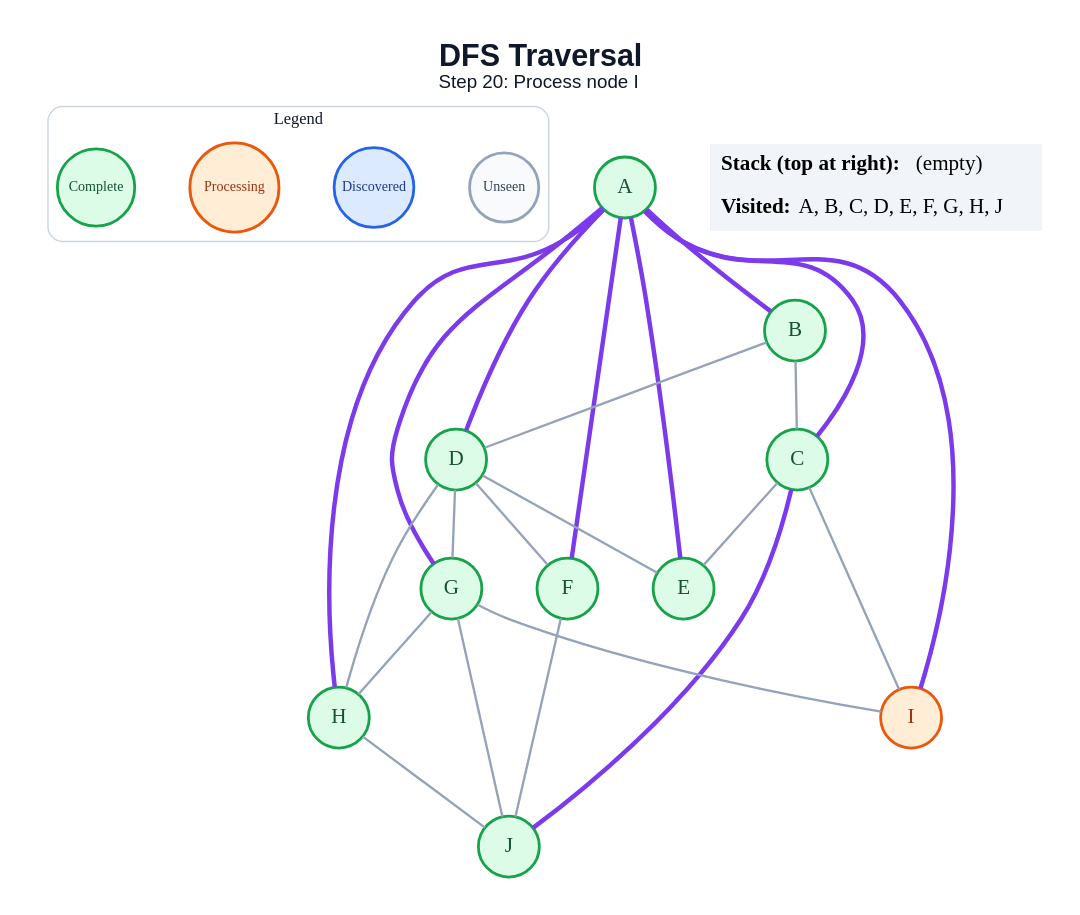
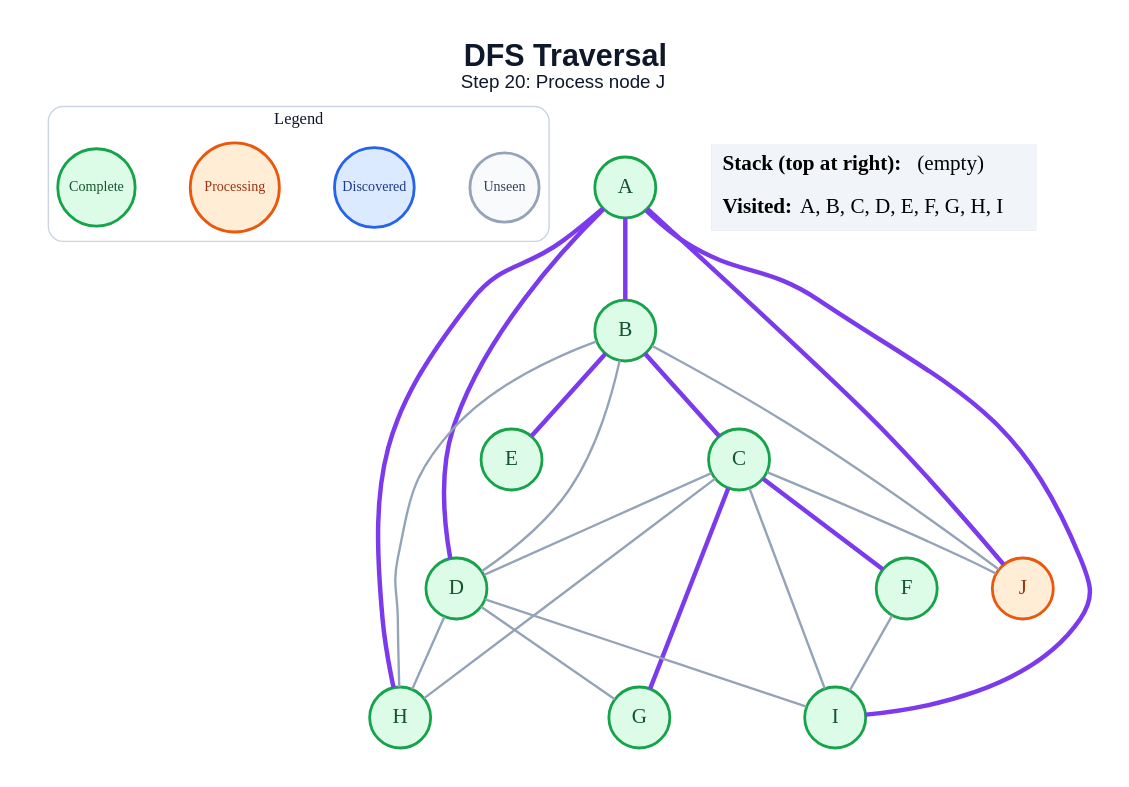
The diagram in generated/dfs/step_20.dot (amanghodawala9/ai-slop), drawn with Graphviz before and after one commit. The commit also changed 178 other files, not shown here.

```diff
--- a/generated/dfs/step_20.dot
+++ b/generated/dfs/step_20.dot
@@ -1,51 +1,49 @@
 graph traversal {
   graph [layout=dot, rankdir=TB, bgcolor="#FFFFFF", pad="0.35", nodesep="0.65", ranksep="0.8", fontname="Arial"];
   node [shape=circle, style="filled", fontname="Arial Bold", fontsize=18, width=0.72, fixedsize=true, penwidth=2.4];
   edge [color="#94A3B8", penwidth=2.0];
-  label=<<B>DFS Traversal</B><BR/><FONT POINT-SIZE="16">Step 20: Process node I</FONT>>; labelloc="t"; fontsize=26; fontname="Arial"; fontcolor="#0F172A";
+  label=<<B>DFS Traversal</B><BR/><FONT POINT-SIZE="16">Step 20: Process node J</FONT>>; labelloc="t"; fontsize=26; fontname="Arial"; fontcolor="#0F172A";
   subgraph cluster_legend { label="Legend"; color="#CBD5E1"; penwidth=1.2; style="rounded"; fontsize=14; fontname="Arial Bold";
     key_unseen [label="Unseen", fillcolor="#F8FAFC", color="#94A3B8", fontcolor="#334155", fontsize=12, width=0.82];
     key_frontier [label="Discovered", fillcolor="#DBEAFE", color="#2563EB", fontcolor="#1E3A8A", fontsize=12, width=0.95];
     key_current [label="Processing", fillcolor="#FFEDD5", color="#EA580C", fontcolor="#9A3412", fontsize=12, width=1.05];
     key_done [label="Complete", fillcolor="#DCFCE7", color="#16A34A", fontcolor="#14532D", fontsize=12, width=0.92];
     { rank=same; key_unseen; key_frontier; key_current; key_done; }
   }
   A [fillcolor="#DCFCE7", color="#16A34A", fontcolor="#14532D"];
   B [fillcolor="#DCFCE7", color="#16A34A", fontcolor="#14532D"];
   C [fillcolor="#DCFCE7", color="#16A34A", fontcolor="#14532D"];
   D [fillcolor="#DCFCE7", color="#16A34A", fontcolor="#14532D"];
   E [fillcolor="#DCFCE7", color="#16A34A", fontcolor="#14532D"];
   F [fillcolor="#DCFCE7", color="#16A34A", fontcolor="#14532D"];
   G [fillcolor="#DCFCE7", color="#16A34A", fontcolor="#14532D"];
   H [fillcolor="#DCFCE7", color="#16A34A", fontcolor="#14532D"];
-  I [fillcolor="#FFEDD5", color="#EA580C", fontcolor="#9A3412"];
-  J [fillcolor="#DCFCE7", color="#16A34A", fontcolor="#14532D"];
+  I [fillcolor="#DCFCE7", color="#16A34A", fontcolor="#14532D"];
+  J [fillcolor="#FFEDD5", color="#EA580C", fontcolor="#9A3412"];
   A -- B [color="#7C3AED", penwidth=3.8];
-  A -- C [color="#7C3AED", penwidth=3.8];
   A -- D [color="#7C3AED", penwidth=3.8];
-  A -- E [color="#7C3AED", penwidth=3.8];
-  A -- F [color="#7C3AED", penwidth=3.8];
-  A -- G [color="#7C3AED", penwidth=3.8];
   A -- H [color="#7C3AED", penwidth=3.8];
   A -- I [color="#7C3AED", penwidth=3.8];
-  B -- C;
+  A -- J [color="#7C3AED", penwidth=3.8];
+  B -- C [color="#7C3AED", penwidth=3.8];
   B -- D;
-  C -- E;
+  B -- E [color="#7C3AED", penwidth=3.8];
+  B -- H;
+  B -- J;
+  C -- D;
+  C -- F [color="#7C3AED", penwidth=3.8];
+  C -- G [color="#7C3AED", penwidth=3.8];
+  C -- H;
   C -- I;
-  C -- J [color="#7C3AED", penwidth=3.8];
-  D -- E;
-  D -- F;
+  C -- J;
   D -- G;
   D -- H;
-  F -- J;
-  G -- H;
-  G -- I;
-  G -- J;
-  H -- J;
+  D -- I;
+  F -- I;
   status [shape=plain, fixedsize=false, width=0, height=0, margin=0, label=<
     <TABLE BORDER="0" CELLBORDER="0" CELLPADDING="7" BGCOLOR="#F1F5F9">
       <TR><TD ALIGN="LEFT"><B>Stack (top at right):</B> (empty)</TD></TR>
-      <TR><TD ALIGN="LEFT"><B>Visited:</B> A, B, C, D, E, F, G, H, J</TD></TR>
+      <TR><TD ALIGN="LEFT"><B>Visited:</B> A, B, C, D, E, F, G, H, I</TD></TR>
     </TABLE>
   >];
 }
```
